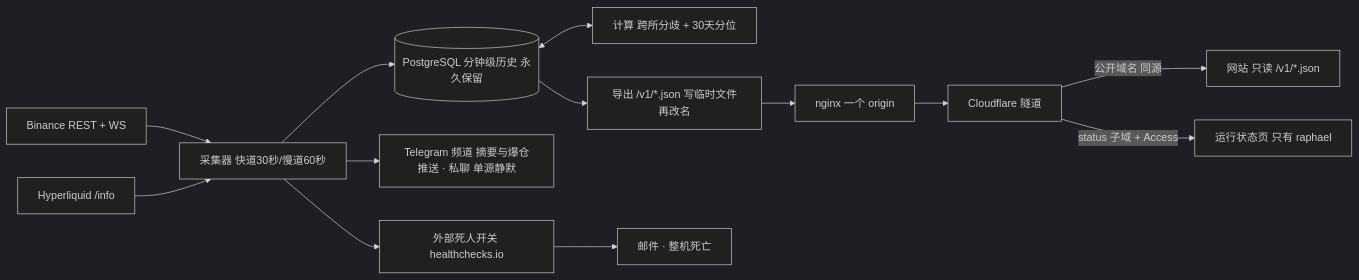
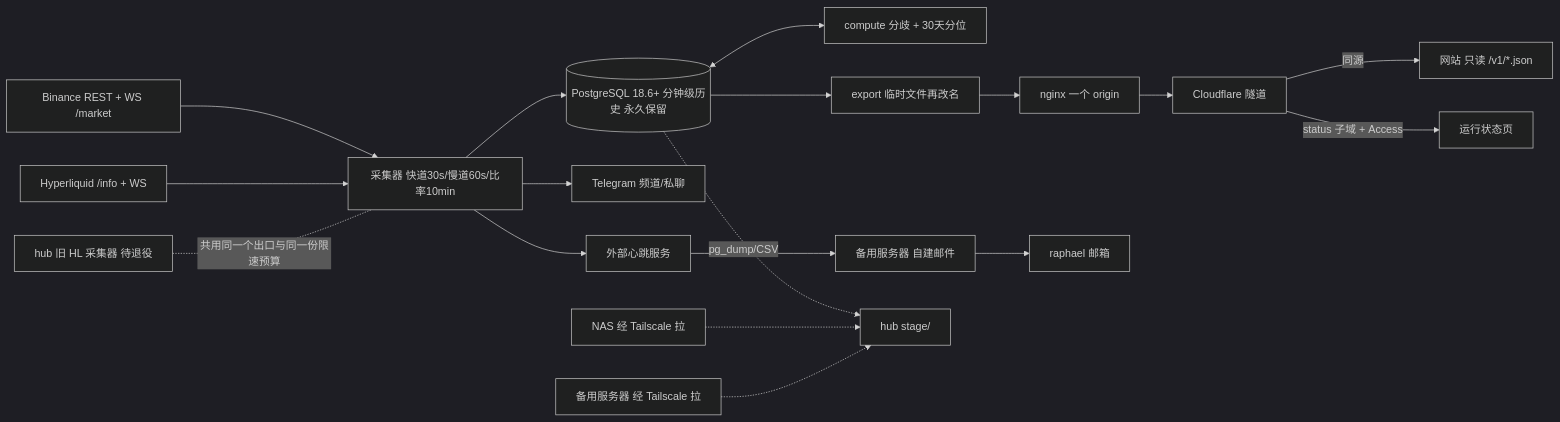
Before and after one commit to raphael2025/hlens-CryptoPlus: the diagram in docs/03-ARCHITECTURE.md, drawn with Mermaid (dark theme). The commit also changed other lines of this file and 7 other files, not shown here.

First line of the commit message:
docs: freeze v1.0 — architecture, features F1–F31 and data sources for M1–M6

````diff
--- a/docs/03-ARCHITECTURE.md
+++ b/docs/03-ARCHITECTURE.md
@@ -15,13 +22,16 @@
 ```mermaid
 flowchart LR
-  BN[Binance REST + WS] --> C
-  HL[Hyperliquid /info] --> C
-  C[采集器 快道30秒/慢道60秒] --> DB[(PostgreSQL 分钟级历史 永久保留)]
-  DB <--> K[计算 跨所分歧 + 30天分位]
-  DB --> X[导出 /v1/*.json 写临时文件再改名] --> N[nginx 一个 origin]
-  N --> CF[Cloudflare 隧道]
-  CF -->|公开域名 同源| W[网站 只读 /v1/*.json]
-  CF -->|status 子域 + Access| S[运行状态页 只有 raphael]
-  C --> T[Telegram 频道 摘要与爆仓推送 · 私聊 单源静默]
-  C --> HC[外部死人开关 healthchecks.io] --> A[邮件 · 整机死亡]
+  BN[Binance REST + WS /market] --> C
+  HL[Hyperliquid /info + WS] --> C
+  OLD[hub 旧 HL 采集器 待退役] -. 共用同一个出口与同一份限速预算 .- C
+  C[采集器 快道30s/慢道60s/比率10min] --> DB[(PostgreSQL 18.6+ 分钟级历史 永久保留)]
+  DB <--> K[compute 分歧 + 30天分位]
+  DB --> X[export 临时文件再改名] --> N[nginx 一个 origin]
+  N --> CF[Cloudflare 隧道] -->|同源| W[网站 只读 /v1/*.json]
+  CF -->|status 子域 + Access| S[运行状态页]
+  C --> T[Telegram 频道/私聊]
+  C --> HC[外部心跳服务] --> MTA[备用服务器 自建邮件] --> M[raphael 邮箱]
+  DB -.pg_dump/CSV.-> ST[hub stage/]
+  NAS[NAS 经 Tailscale 拉] -.-> ST
+  SB[备用服务器 经 Tailscale 拉] -.-> ST
 ```
````
